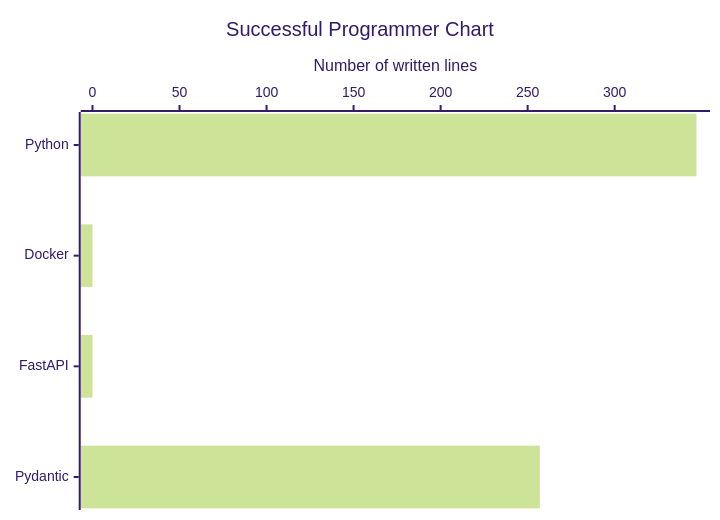
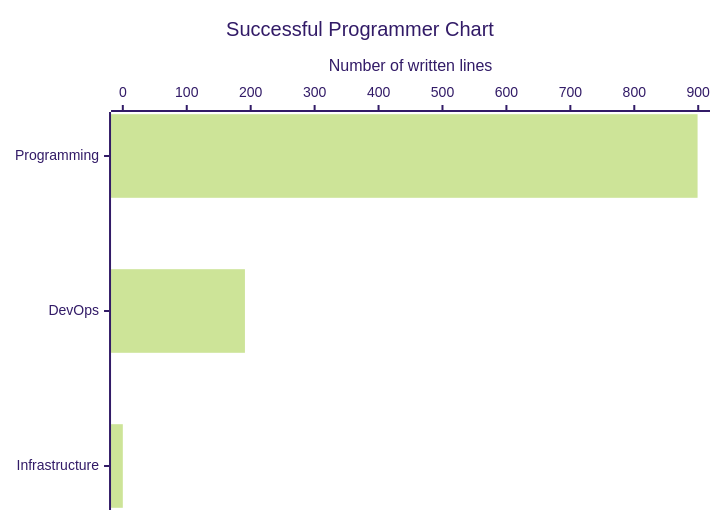
One commit to bezerraescossia/Sucessful-Programmer-Journey changed the diagram in README.md. Above: the diagram before and after it, drawn with Mermaid (forest theme). The commit also changed other lines of this file and 33 other files, not shown here.

````diff
--- a/README.md
+++ b/README.md
@@ -5,7 +42,7 @@
 ```mermaid
 xychart horizontal
     title "Successful Programmer Chart"
-    x-axis ["Python", "Docker", "FastAPI", "Pydantic"]
-    y-axis "Number of written lines" 0 --> 348
-    bar [347, 0, 0, 257]
+    x-axis ["Programming", "DevOps", "Infrastructure"]
+    y-axis "Number of written lines" 0 --> 900
+    bar [899, 191, 0]
 ```
````
